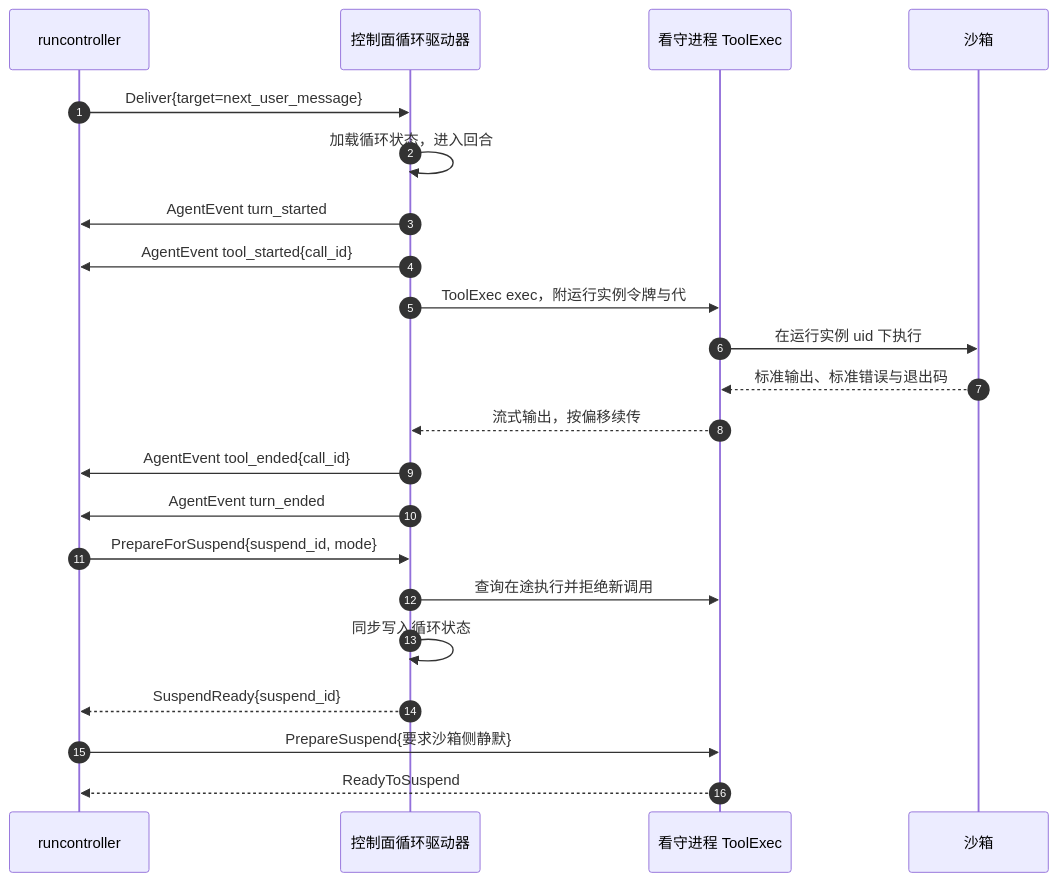
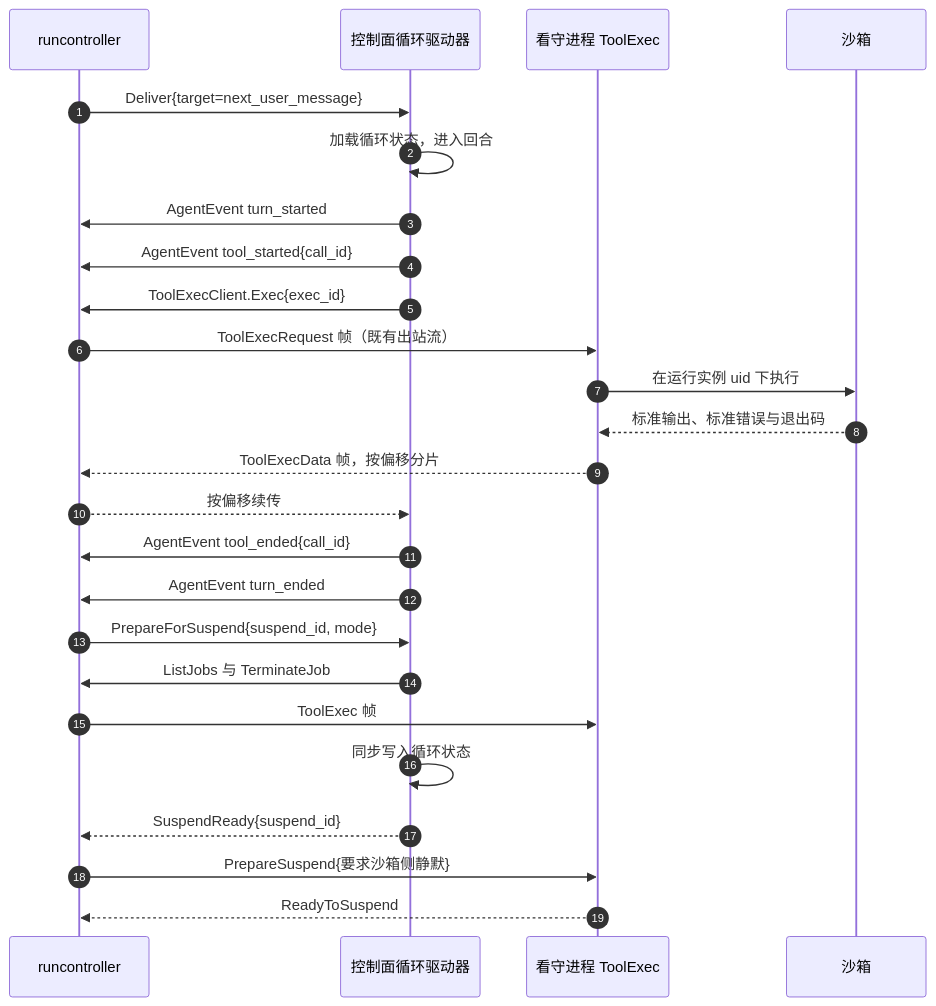
The second of 2 diagrams in docs/design/modules/warden/design-warden-driver-native.md (wangzw/castworks), drawn with Mermaid before and after one commit. The commit also changed other lines of this file and 15 other files, not shown here.

````diff
--- a/docs/design/modules/warden/design-warden-driver-native.md
+++ b/docs/design/modules/warden/design-warden-driver-native.md
@@ -231,24 +231,27 @@
 ```mermaid
 sequenceDiagram
     autonumber
     participant R as runcontroller
     participant D as 控制面循环驱动器
     participant W as 看守进程 ToolExec
     participant S as 沙箱
     R->>D: Deliver{target=next_user_message}
     D->>D: 加载循环状态，进入回合
     D->>R: AgentEvent turn_started
     D->>R: AgentEvent tool_started{call_id}
-    D->>W: ToolExec exec，附运行实例令牌与代
+    D->>R: ToolExecClient.Exec{exec_id}
+    R->>W: ToolExecRequest 帧（既有出站流）
     W->>S: 在运行实例 uid 下执行
     S-->>W: 标准输出、标准错误与退出码
-    W-->>D: 流式输出，按偏移续传
+    W-->>R: ToolExecData 帧，按偏移分片
+    R-->>D: 按偏移续传
     D->>R: AgentEvent tool_ended{call_id}
     D->>R: AgentEvent turn_ended
     R->>D: PrepareForSuspend{suspend_id, mode}
-    D->>W: 查询在途执行并拒绝新调用
+    D->>R: ListJobs 与 TerminateJob
+    R->>W: ToolExec 帧
     D->>D: 同步写入循环状态
     D-->>R: SuspendReady{suspend_id}
     R->>W: PrepareSuspend{要求沙箱侧静默}
     W-->>R: ReadyToSuspend
 ```
````
